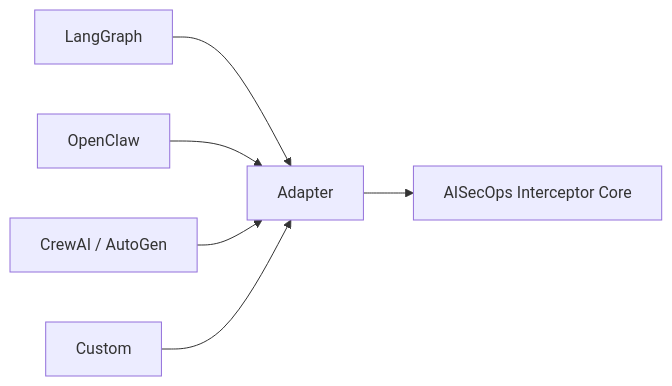
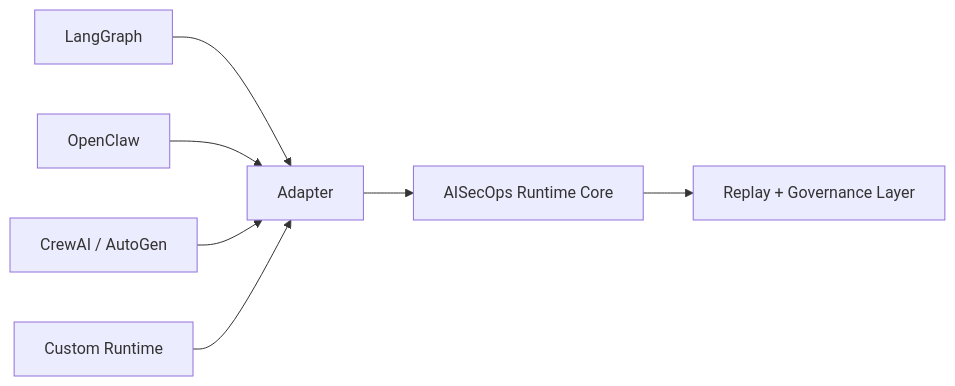
The diagram in src/content/open-source.md (viplavfauzdar/aisecops-site), drawn with Mermaid before and after one commit. The commit also changed other lines of this file and 13 other files, not shown here.

````diff
--- a/src/content/open-source.md
+++ b/src/content/open-source.md
@@ -223,15 +327,16 @@
 ```mermaid
 flowchart LR
 
 A[LangGraph]
 B[OpenClaw]
 C[CrewAI / AutoGen]
-D[Custom]
+D[Custom Runtime]
 
 A --> E[Adapter]
 B --> E
 C --> E
 D --> E
 
-E --> F[AISecOps Interceptor Core]
+E --> F[AISecOps Runtime Core]
+F --> G[Replay + Governance Layer]
 ```
````
